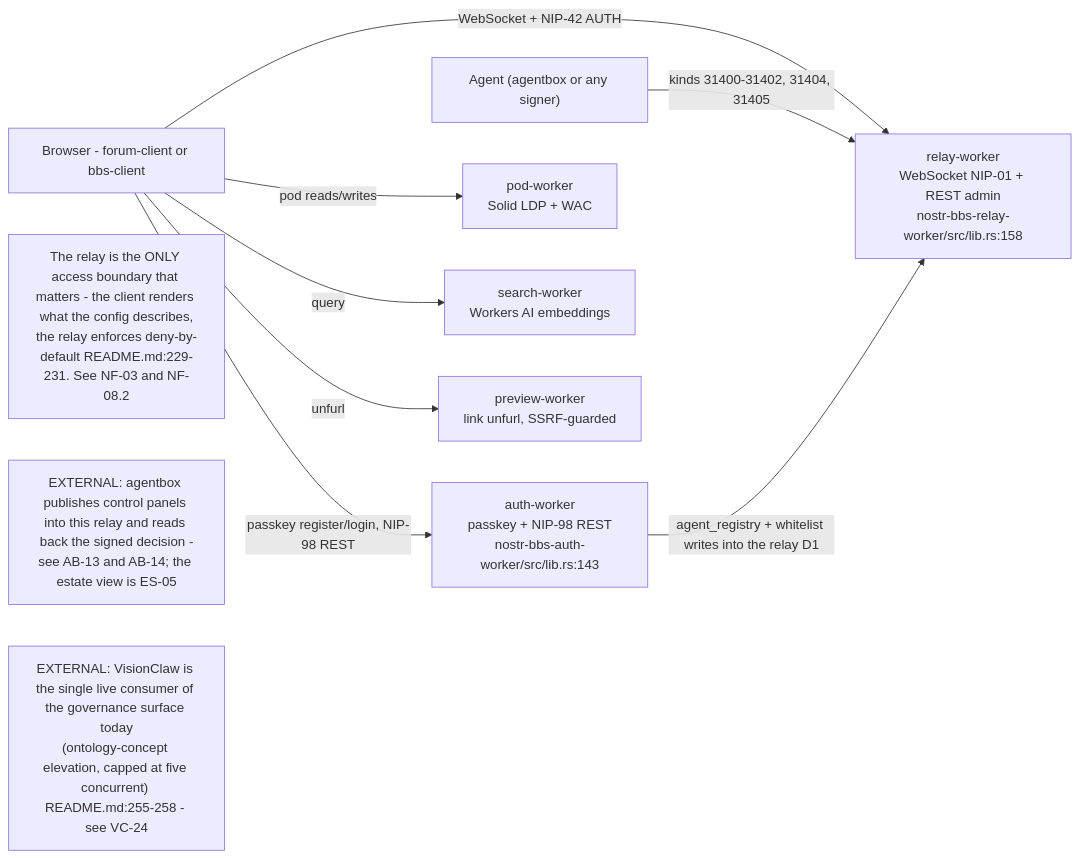
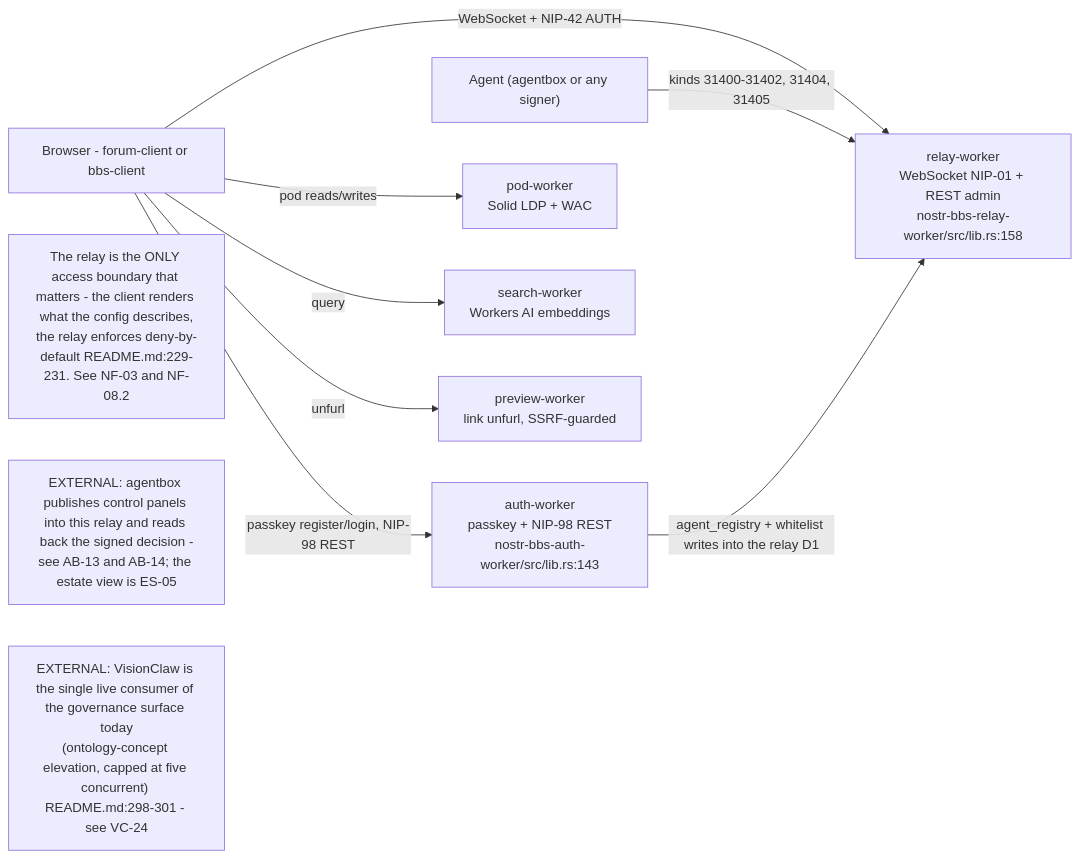
Before and after one commit to DreamLab-AI/VisionFlow: the sixth of 6 diagrams in docs/diagrams/nostr-rust-forum/01-workspace-and-worker-topology.md, drawn with Mermaid. The commit also changed other lines of this file and 11 other files, not shown here.

````diff
--- a/docs/diagrams/nostr-rust-forum/01-workspace-and-worker-topology.md
+++ b/docs/diagrams/nostr-rust-forum/01-workspace-and-worker-topology.md
@@ -183,22 +184,22 @@
 ```mermaid
 flowchart LR
     BROWSER["Browser - forum-client or bbs-client"]
     AGENT["Agent (agentbox or any signer)"]
     RELAYW["relay-worker<br/>WebSocket NIP-01 + REST admin<br/>nostr-bbs-relay-worker/src/lib.rs:158"]
     AUTHW["auth-worker<br/>passkey + NIP-98 REST<br/>nostr-bbs-auth-worker/src/lib.rs:143"]
     PODW["pod-worker<br/>Solid LDP + WAC"]
     SEARCHW["search-worker<br/>Workers AI embeddings"]
     PREVW["preview-worker<br/>link unfurl, SSRF-guarded"]
 
     BROWSER -->|"WebSocket + NIP-42 AUTH"| RELAYW
     BROWSER -->|"passkey register/login, NIP-98 REST"| AUTHW
     BROWSER -->|"pod reads/writes"| PODW
     BROWSER -->|"query"| SEARCHW
     BROWSER -->|"unfurl"| PREVW
     AGENT -->|"kinds 31400-31402, 31404, 31405"| RELAYW
     AUTHW -->|"agent_registry + whitelist writes into the relay D1"| RELAYW
 
     N1["The relay is the ONLY access boundary that matters - the client renders what the config describes,<br/>the relay enforces deny-by-default README.md:229-231. See NF-03 and NF-08.2"]
     N2["EXTERNAL: agentbox publishes control panels into this relay and reads back the signed decision -<br/>see AB-13 and AB-14; the estate view is ES-05"]
-    N3["EXTERNAL: VisionClaw is the single live consumer of the governance surface today<br/>(ontology-concept elevation, capped at five concurrent) README.md:255-258 - see VC-24"]
+    N3["EXTERNAL: VisionClaw is the single live consumer of the governance surface today<br/>(ontology-concept elevation, capped at five concurrent) README.md:298-301 - see VC-24"]
 ```
````
